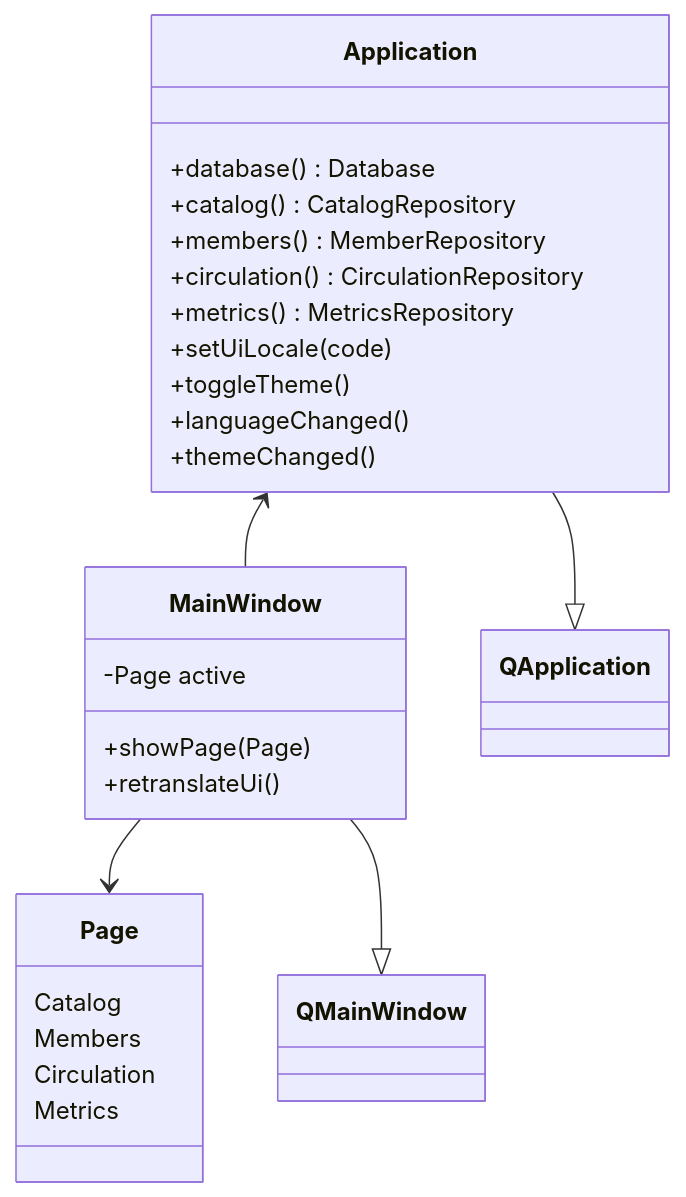
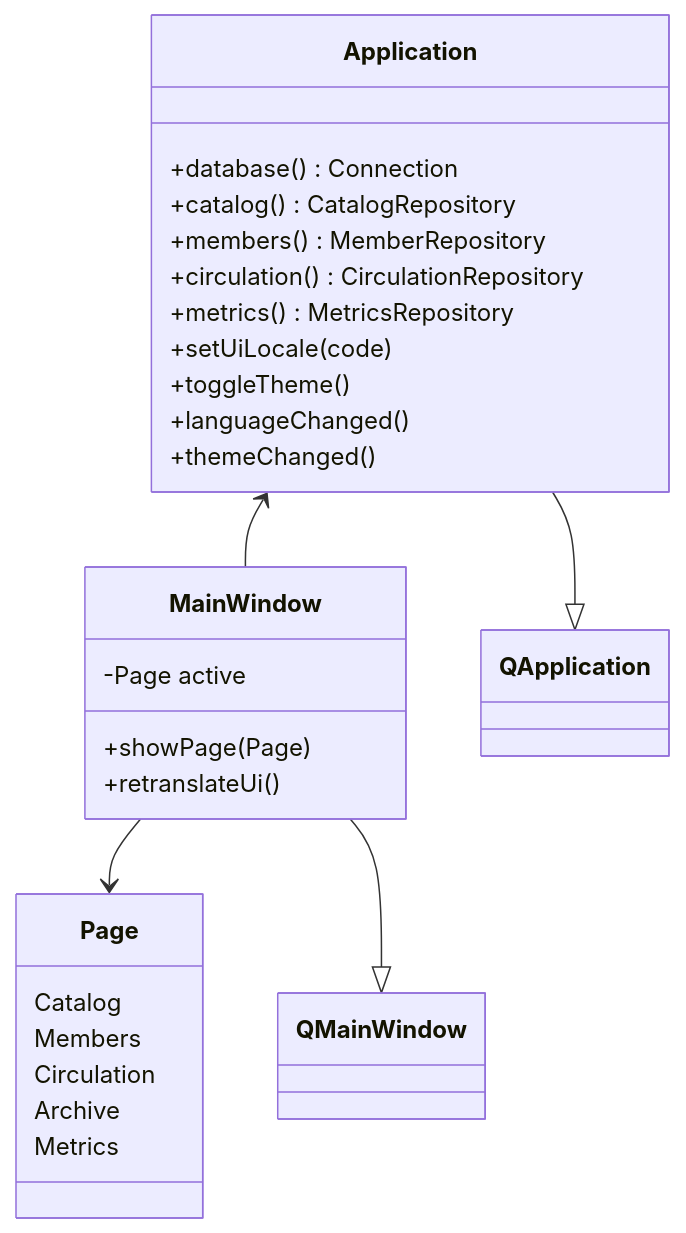
Before and after one commit to medaminben/VLMS: diagram 18 of 27 in docs/architecture/beta-uml.md, drawn with Mermaid. The commit also changed other lines of this file, not shown here.

Commit message:
Refresh the Beta UML for the library split and schema 7.

````diff
--- a/docs/architecture/beta-uml.md
+++ b/docs/architecture/beta-uml.md
@@ -517,30 +596,31 @@
 ```mermaid
 classDiagram
     direction TB
     class Application {
-        +database() Database
+        +database() Connection
         +catalog() CatalogRepository
         +members() MemberRepository
         +circulation() CirculationRepository
         +metrics() MetricsRepository
         +setUiLocale(code)
         +toggleTheme()
         +languageChanged()
         +themeChanged()
     }
     class MainWindow {
         -Page active
         +showPage(Page)
         +retranslateUi()
     }
     class Page {
         Catalog
         Members
         Circulation
+        Archive
         Metrics
     }
     Application <-- MainWindow
     MainWindow --> Page
     Application --|> QApplication
     MainWindow --|> QMainWindow
 ```
````
